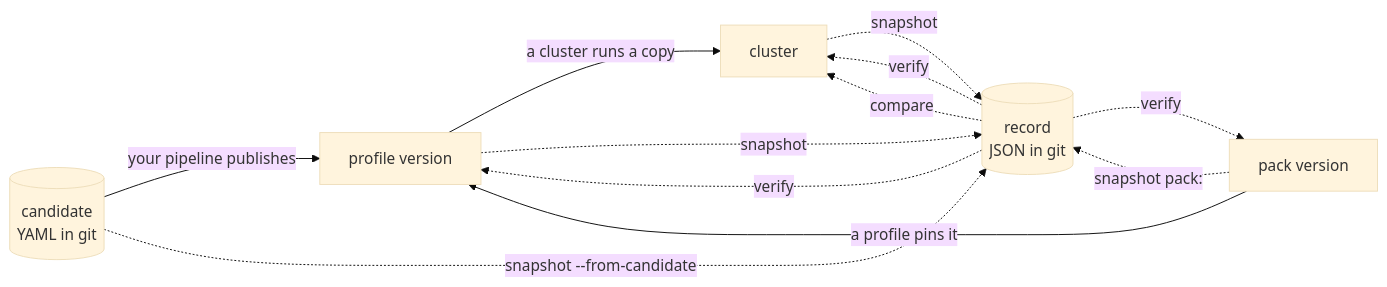
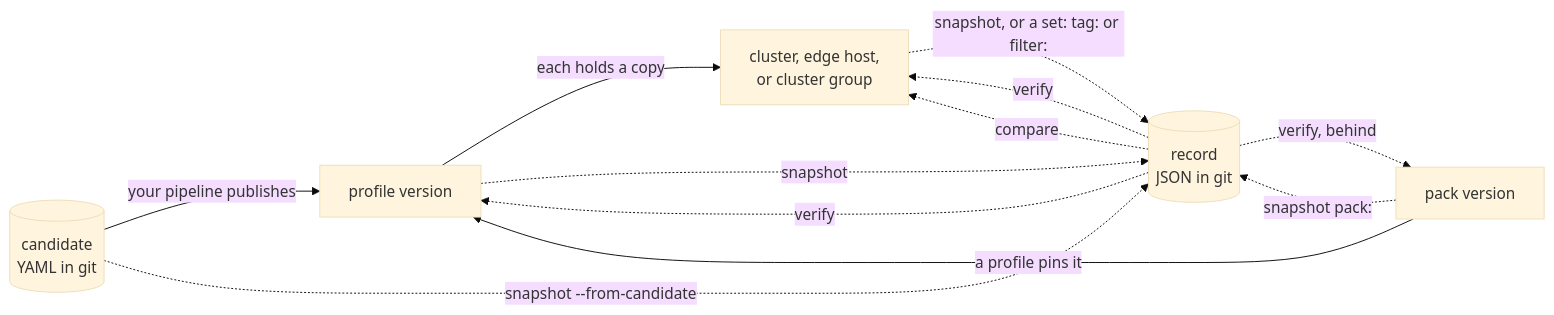
Before and after one commit to como-technologies/strata: the diagram in docs/src/introduction.md, drawn with Mermaid (base theme). The commit also changed other lines of this file and 24 other files, not shown here.

Commit message:
docs: the everyday loop, and where each part belongs: strata as the witness beside Palette, with both answers to a version bump (#81)

````diff
--- a/docs/src/introduction.md
+++ b/docs/src/introduction.md
@@ -18,19 +36,19 @@
 ```mermaid
 flowchart LR
   candidate[("candidate<br/>YAML in git")]
   record[("record<br/>JSON in git")]
   pack["pack version"]
   version["profile version"]
-  cluster["cluster"]
+  cluster["cluster, edge host,<br/>or cluster group"]
   candidate -- "your pipeline publishes" --> version
   pack -- "a profile pins it" --> version
-  version -- "a cluster runs a copy" --> cluster
+  version -- "each holds a copy" --> cluster
   candidate -. "snapshot --from-candidate" .-> record
   version -. "snapshot" .-> record
-  cluster -. "snapshot" .-> record
+  cluster -. "snapshot, or a set: tag: or filter:" .-> record
   pack -. "snapshot pack:" .-> record
   record -. "verify" .-> version
   record -. "verify" .-> cluster
-  record -. "verify" .-> pack
+  record -. "verify, behind" .-> pack
   record -. "compare" .-> cluster
 ```
````
